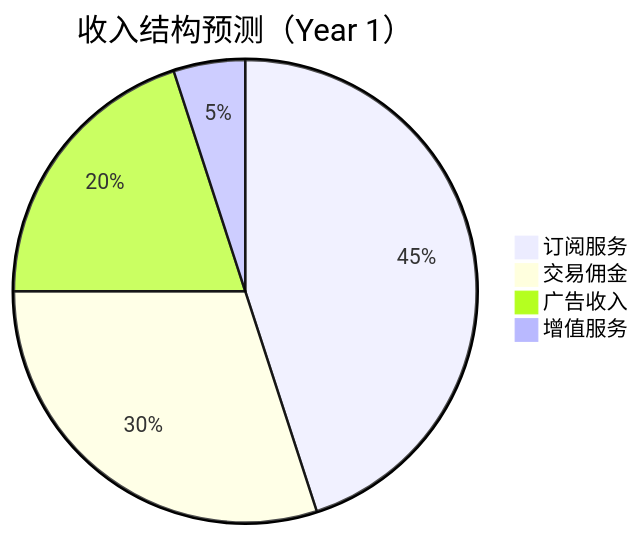
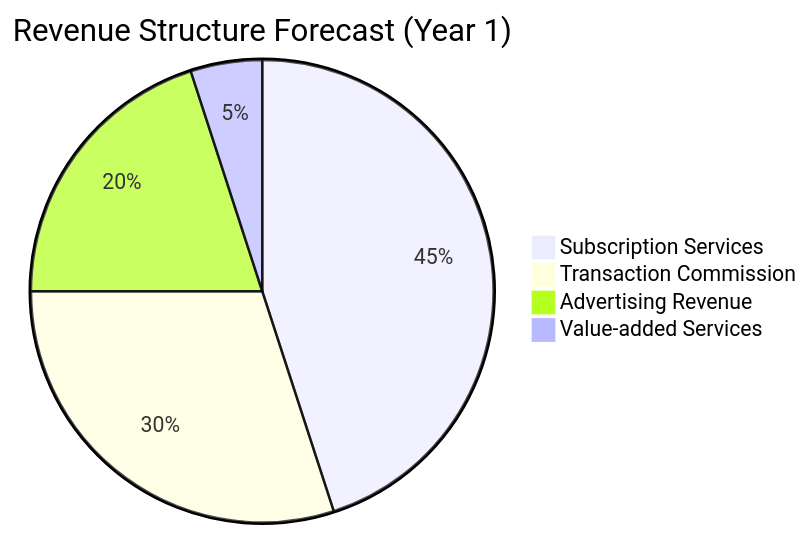
The fifth of 9 diagrams in templates/产品/战略层/【模板】商业需求文档.md (Kirky-X/cangjie), drawn with Mermaid before and after one commit. The commit also changed other lines of this file and 46 other files, not shown here.

````diff
--- a/templates/产品/战略层/【模板】商业需求文档.md
+++ b/templates/产品/战略层/【模板】商业需求文档.md
@@ -217,7 +217,7 @@
 ```mermaid
-pie title 收入结构预测（Year 1）
-    "订阅服务" : 45
-    "交易佣金" : 30
-    "广告收入" : 20
-    "增值服务" : 5
+pie title Revenue Structure Forecast (Year 1)
+    "Subscription Services" : 45
+    "Transaction Commission" : 30
+    "Advertising Revenue" : 20
+    "Value-added Services" : 5
 ```
````
